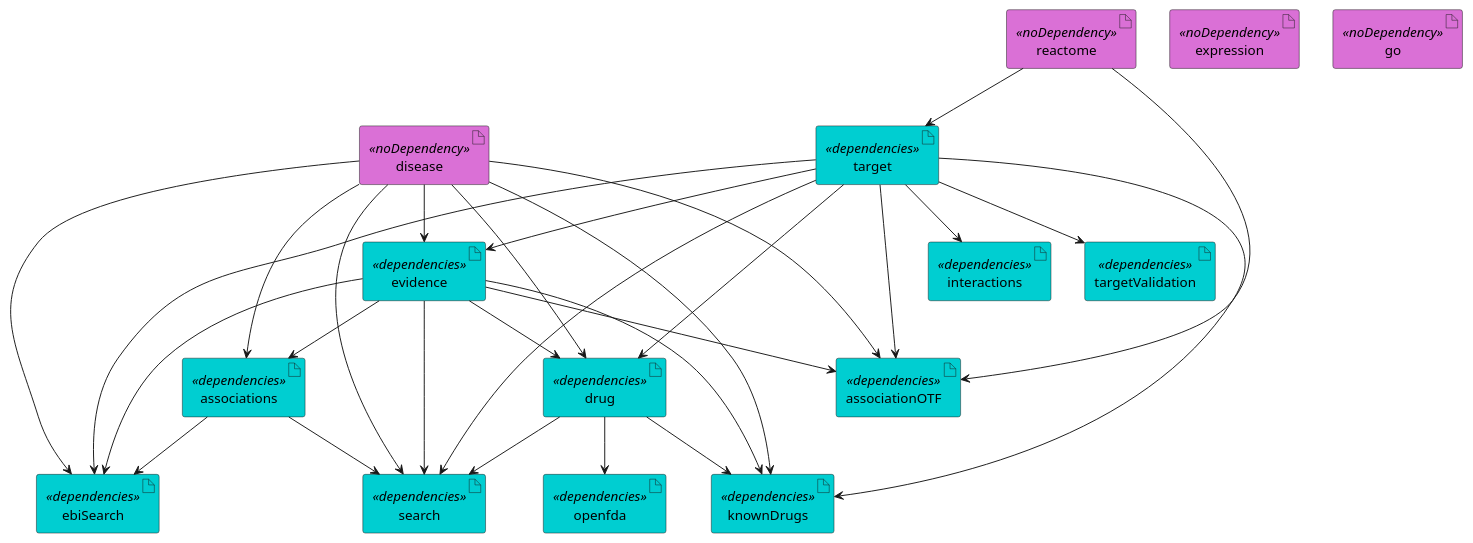
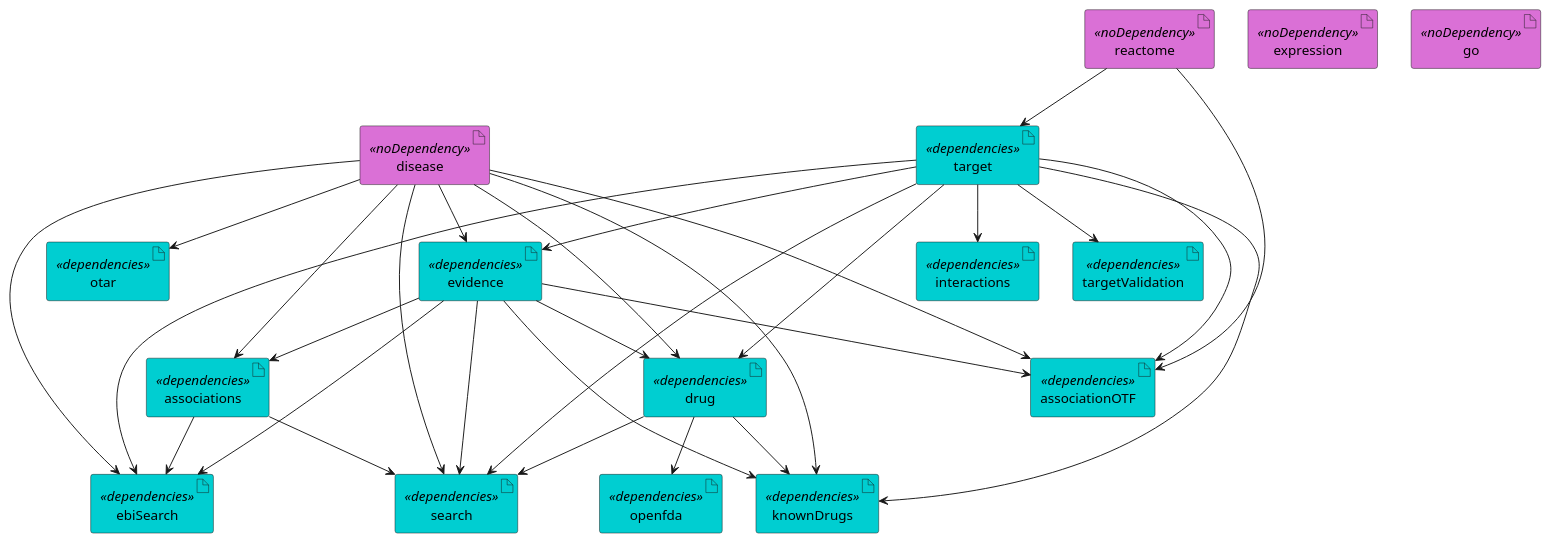
The diagram in documentation/etl_current.puml (opentargets/platform-etl-backend), drawn with PlantUML before and after one commit. The commit also changed 3 other files, not shown here.

```diff
--- a/documentation/etl_current.puml
+++ b/documentation/etl_current.puml
@@ -1,65 +1,67 @@
 @startuml
 skinparam interface {
     backgroundColor<<input>> darkblue
     backgroundColor<<output>> cyan
 }
 skinparam artifact {
      backgroundColor<<noDependency>> orchid
      backgroundColor<<dependencies>> darkturquoise
  }
 ' steps
 artifact associations <<dependencies>>
 artifact associationOTF <<dependencies>>
 artifact disease <<noDependency>>
 artifact drug <<dependencies>>
 artifact evidence <<dependencies>>
 artifact expression <<noDependency>>
 artifact go <<noDependency>>
 artifact interactions <<dependencies>>
 artifact knownDrugs <<dependencies>>
 artifact targetValidation<<dependencies>>
 artifact reactome <<noDependency>>
 artifact search <<dependencies>>
 artifact target <<dependencies>>
 artifact openfda <<dependencies>>
 artifact ebiSearch <<dependencies>>
+artifact otar <<dependencies>>
 
+disease --> otar
 reactome --> target
 
 evidence --> associations
 disease --> associations
 
 reactome --> associationOTF
 evidence --> associationOTF
 disease --> associationOTF
 target --> associationOTF
 
 target --> drug
 disease --> drug
 evidence --> drug
 target --> evidence
 disease --> evidence
 
 evidence --> knownDrugs
 disease --> knownDrugs
 target --> knownDrugs
 drug --> knownDrugs
 
 evidence --> search
 disease --> search
 target --> search
 drug --> search
 associations --> search
 
 target --> interactions
 
 target --> targetValidation
 
 drug --> openfda
 
 disease --> ebiSearch
 target --> ebiSearch
 evidence --> ebiSearch
 associations --> ebiSearch
 
 @enduml
```
